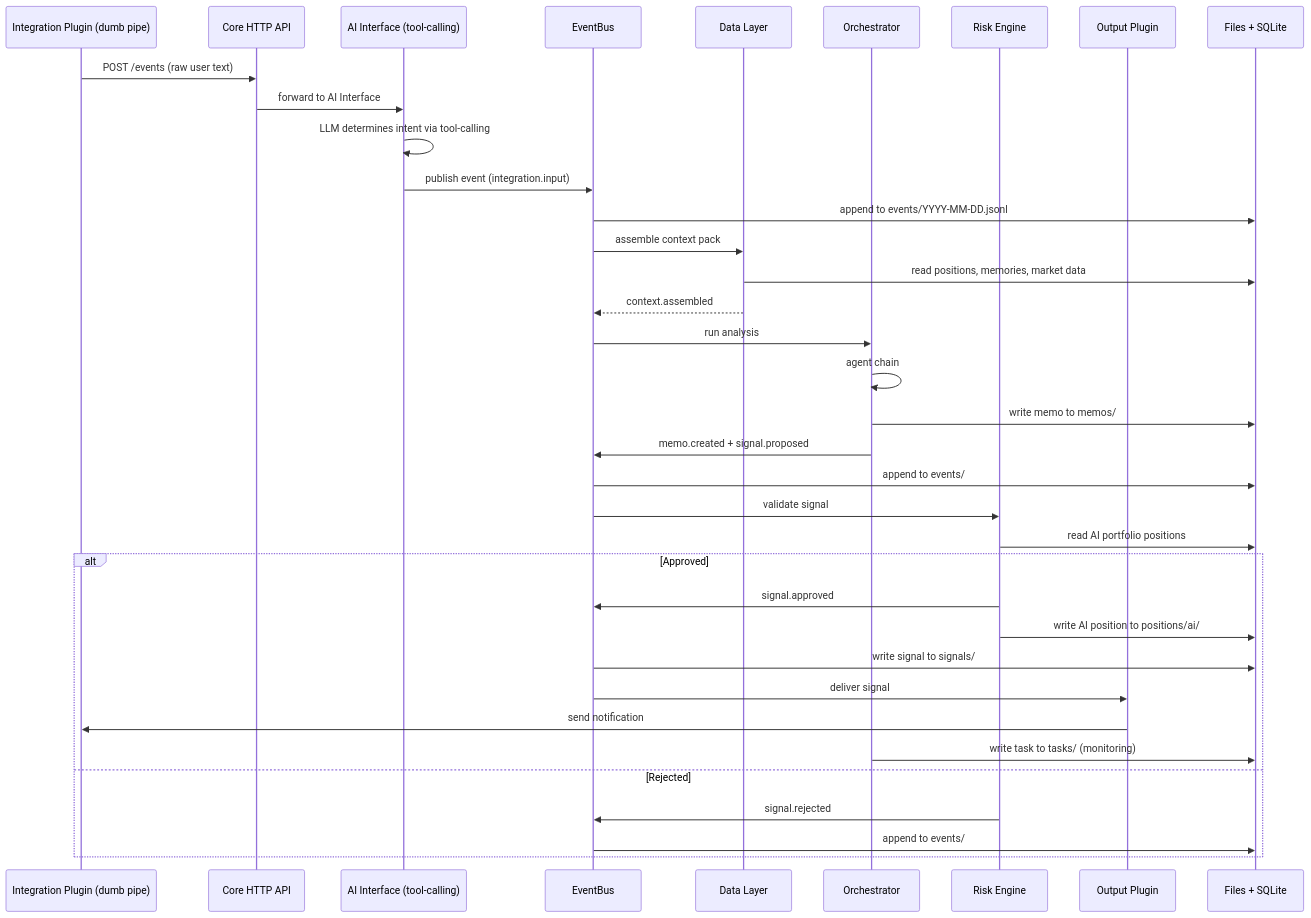
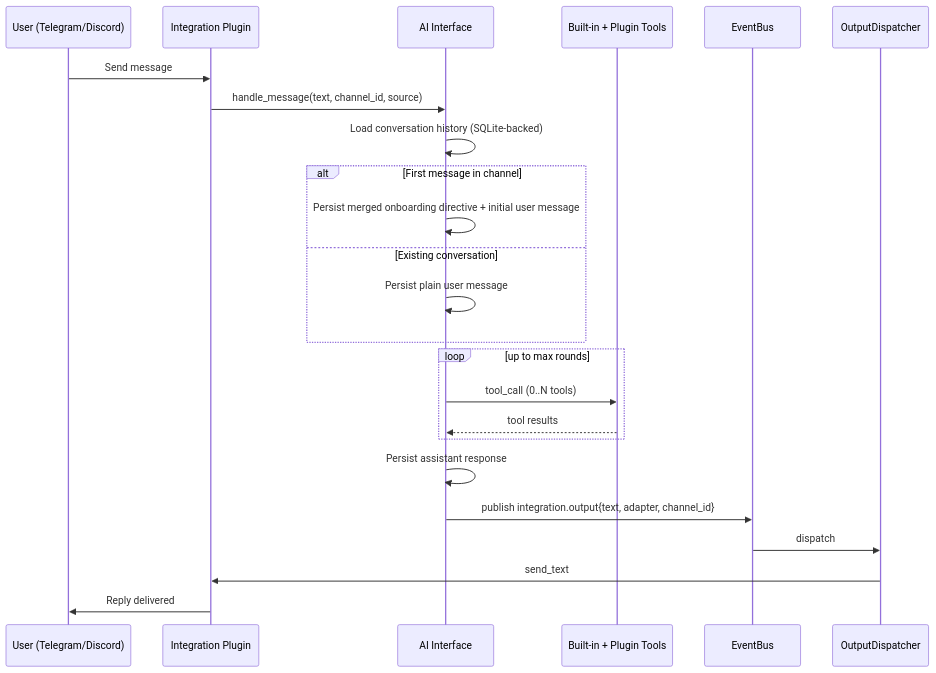
One commit to tedboudros/ClawQuant changed the diagram in docs/FLOWS.md. Above: the diagram before and after it, drawn with Mermaid. The commit also changed other lines of this file and 8 other files, not shown here.

````diff
--- a/docs/FLOWS.md
+++ b/docs/FLOWS.md
@@ -9,43 +11,30 @@
 ```mermaid
 sequenceDiagram
-    participant Plugin as Integration Plugin (dumb pipe)
-    participant API as Core HTTP API
-    participant AIF as AI Interface (tool-calling)
+    participant User as User (Telegram/Discord)
+    participant Int as Integration Plugin
+    participant AI as AI Interface
+    participant Tools as Built-in + Plugin Tools
     participant Bus as EventBus
-    participant Data as Data Layer
-    participant AI as Orchestrator
-    participant Risk as Risk Engine
-    participant Out as Output Plugin
-    participant Files as Files + SQLite
+    participant Out as OutputDispatcher
 
-    Plugin->>API: POST /events (raw user text)
-    API->>AIF: forward to AI Interface
-    AIF->>AIF: LLM determines intent via tool-calling
-    AIF->>Bus: publish event (integration.input)
-    Bus->>Files: append to events/YYYY-MM-DD.jsonl
+    User->>Int: Send message
+    Int->>AI: handle_message(text, channel_id, source)
+    AI->>AI: Load conversation history (SQLite-backed)
 
-    Bus->>Data: assemble context pack
-    Data->>Files: read positions, memories, market data
-    Data-->>Bus: context.assembled
+    alt First message in channel
+        AI->>AI: Persist merged onboarding directive + initial user message
+    else Existing conversation
+        AI->>AI: Persist plain user message
+    end
 
-    Bus->>AI: run analysis
-    AI->>AI: agent chain
-    AI->>Files: write memo to memos/
-    AI->>Bus: memo.created + signal.proposed
-    Bus->>Files: append to events/
+    loop up to max rounds
+        AI->>Tools: tool_call (0..N tools)
+        Tools-->>AI: tool results
+    end
 
-    Bus->>Risk: validate signal
-    Risk->>Files: read AI portfolio positions
-
-    alt Approved
-        Risk->>Bus: signal.approved
-        Risk->>Files: write AI position to positions/ai/
-        Bus->>Files: write signal to signals/
-        Bus->>Out: deliver signal
-        Out->>Plugin: send notification
-        AI->>Files: write task to tasks/ (monitoring)
-    else Rejected
-        Risk->>Bus: signal.rejected
-        Bus->>Files: append to events/
-    end
+    AI->>AI: Persist assistant response
+    AI->>Bus: publish integration.output{text, adapter, channel_id}
+    Bus->>Out: dispatch
+    Out->>Int: send_text
+    Int->>User: Reply delivered
 ```
````
